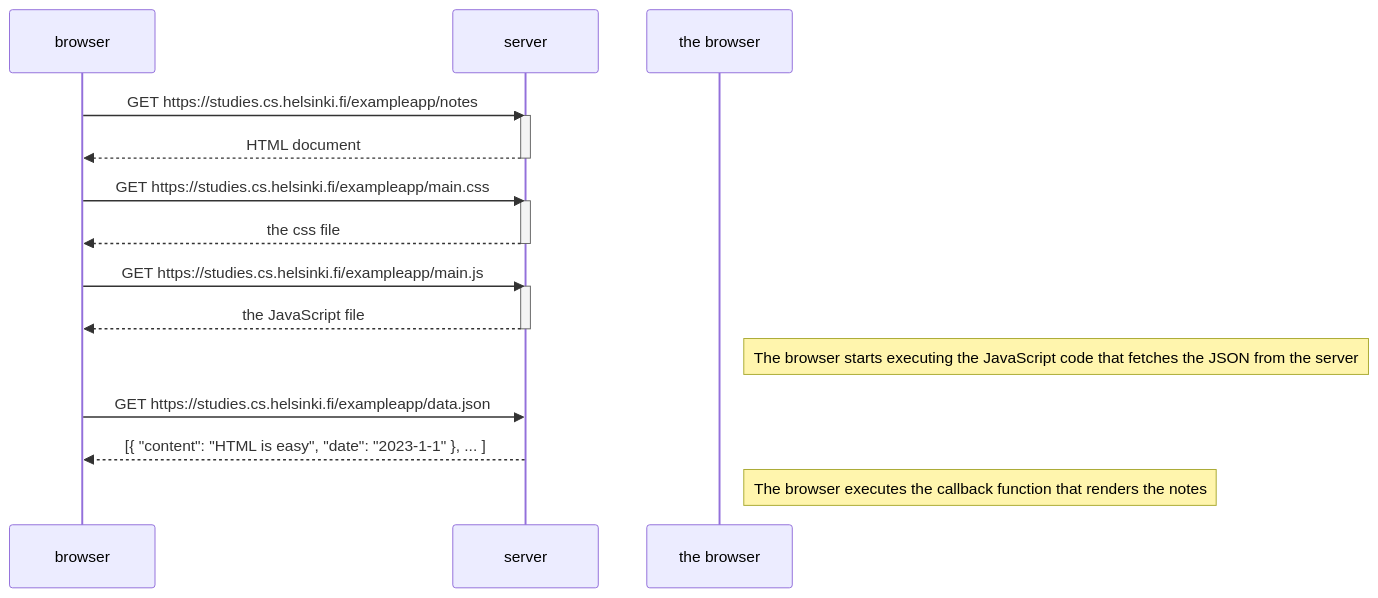
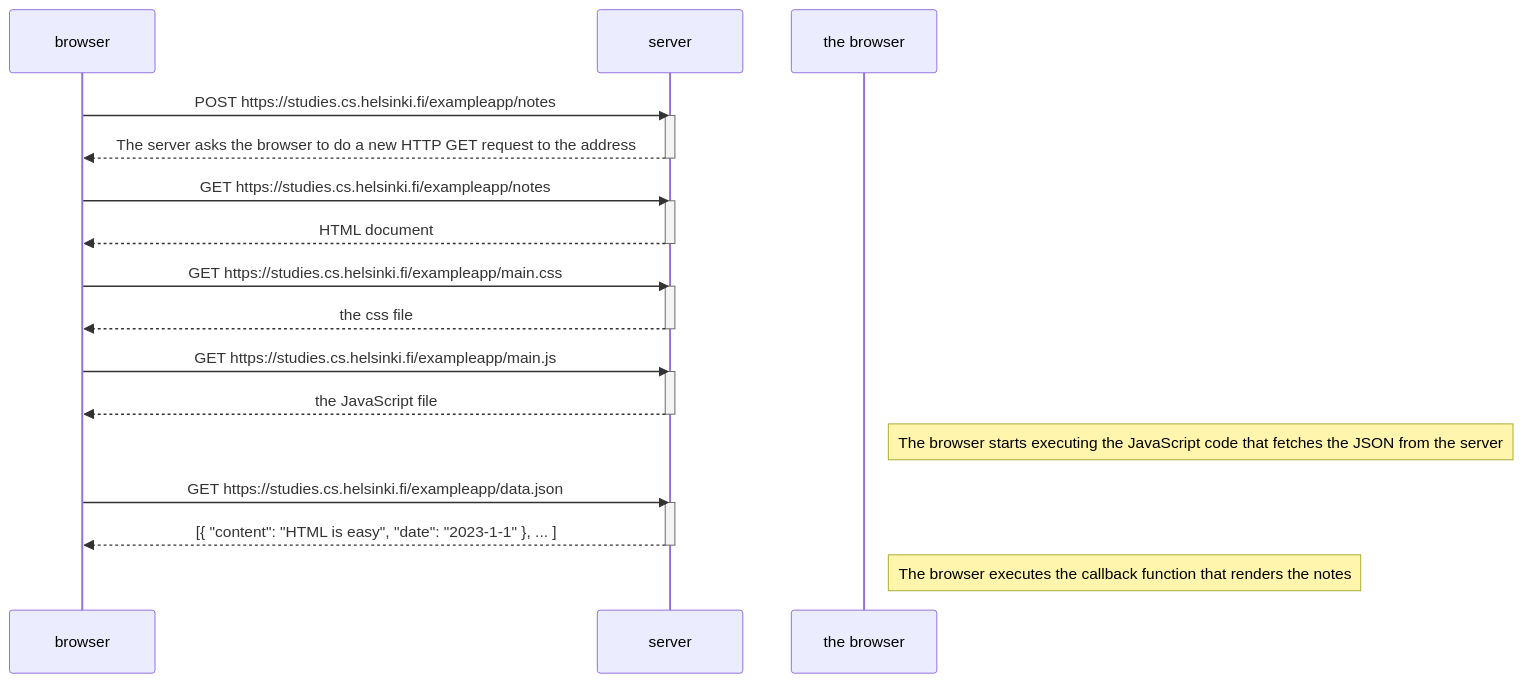
Before and after one commit to mekintown/fullStackOpen: the diagram in part0/newNoteDiagram.md, drawn with Mermaid.

````diff
--- a/part0/newNoteDiagram.md
+++ b/part0/newNoteDiagram.md
@@ -3,27 +3,35 @@
 ```mermaid
 sequenceDiagram
     participant browser
     participant server
 
+    browser->>server: POST https://studies.cs.helsinki.fi/exampleapp/notes
+    activate server
+    server-->>browser: The server asks the browser to do a new HTTP GET request to the address
+    deactivate server
+    
     browser->>server: GET https://studies.cs.helsinki.fi/exampleapp/notes
     activate server
     server-->>browser: HTML document
     deactivate server
 
+    
     browser->>server: GET https://studies.cs.helsinki.fi/exampleapp/main.css
     activate server
     server-->>browser: the css file
     deactivate server
 
     browser->>server: GET https://studies.cs.helsinki.fi/exampleapp/main.js
     activate server
     server-->>browser: the JavaScript file
     deactivate server
 
     Note right of the browser: The browser starts executing the JavaScript code that fetches the JSON from the server
 
     browser->>server: GET https://studies.cs.helsinki.fi/exampleapp/data.json
+    activate server
     server-->>browser: [{ "content": "HTML is easy", "date": "2023-1-1" }, ... ]
+    deactivate server
 
     Note right of the browser: The browser executes the callback function that renders the notes
 ```
````
